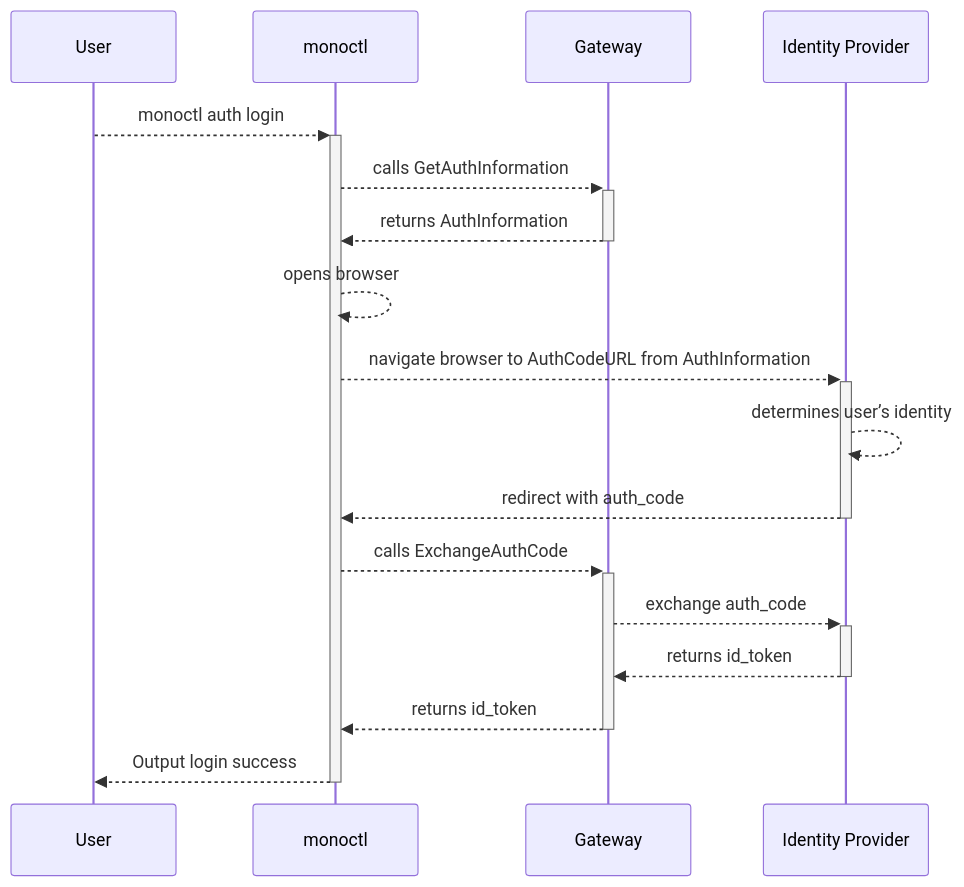
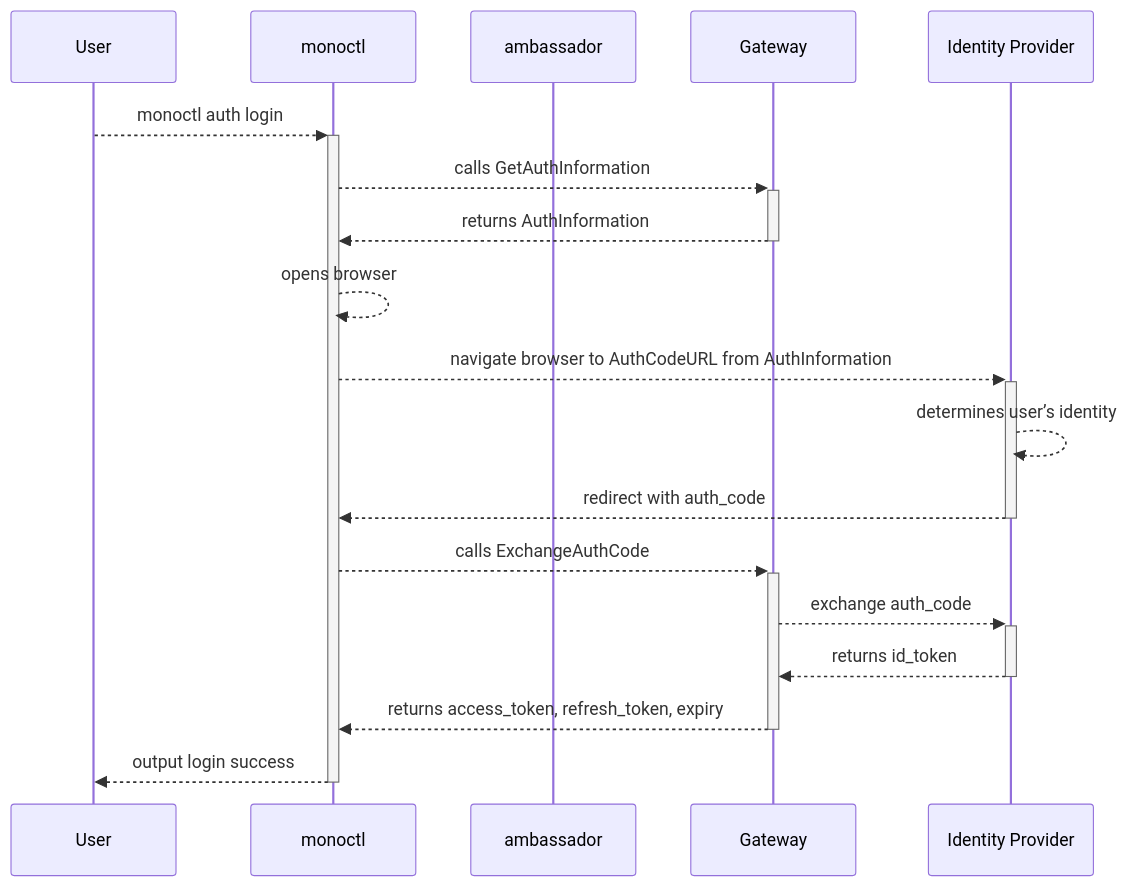
The diagram in docs/flow-charts/sd-monoctl-auth.mmd (finleap-connect/monoskope), drawn with Mermaid before and after one commit. The commit also changed 6 other files, not shown here.

Commit message:
Update diagrams

```diff
--- a/docs/flow-charts/sd-monoctl-auth.mmd
+++ b/docs/flow-charts/sd-monoctl-auth.mmd
@@ -1,17 +1,18 @@
 sequenceDiagram
     participant U as User
     participant M as monoctl
+    participant A as ambassador
     participant G as Gateway
     participant I as Identity Provider
     U-->>+M: monoctl auth login
     M-->>+G: calls GetAuthInformation
     G-->>-M: returns AuthInformation
     M-->>M: opens browser
     M-->>+I: navigate browser to AuthCodeURL from AuthInformation
     I-->>I: determines user’s identity
     I-->>-M: redirect with auth_code
     M-->>+G: calls ExchangeAuthCode
     G-->>+I: exchange auth_code
     I-->>-G: returns id_token
-    G-->>-M: returns id_token
-    M-->>-U: Output login success
+    G-->>-M: returns access_token, refresh_token, expiry
+    M-->>-U: output login success
```
